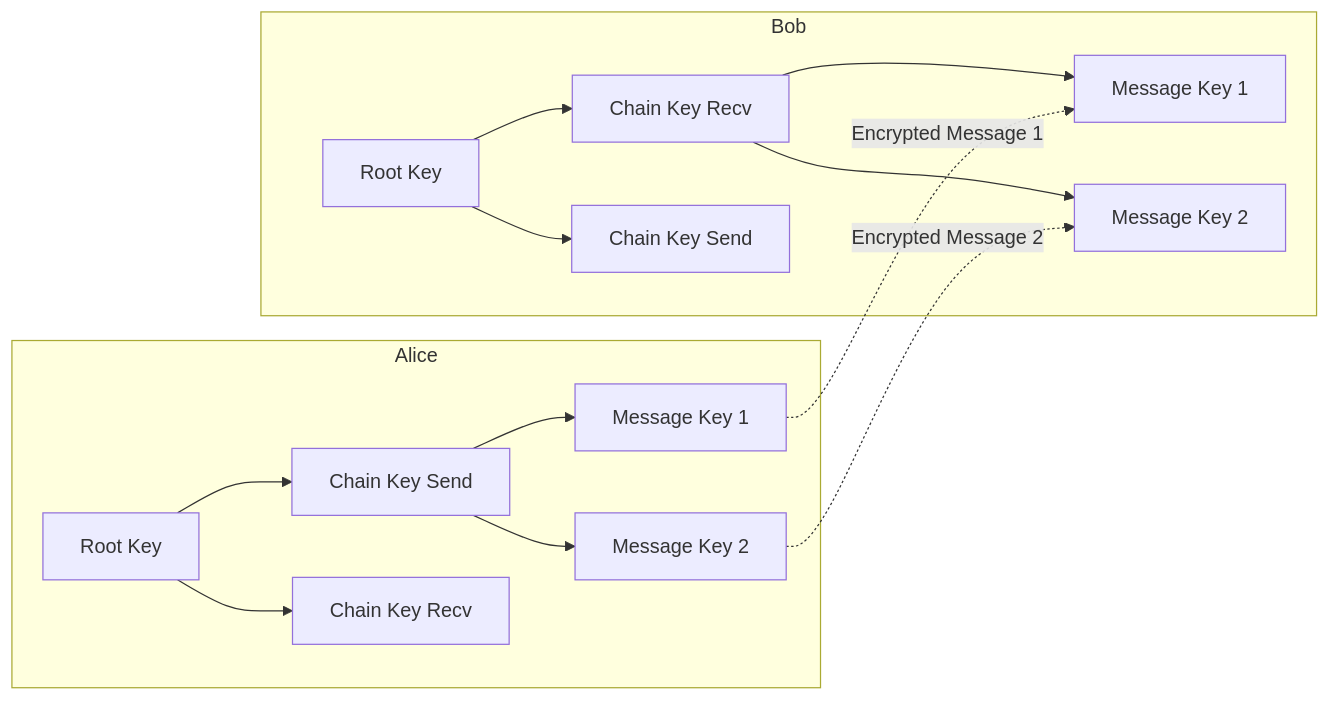
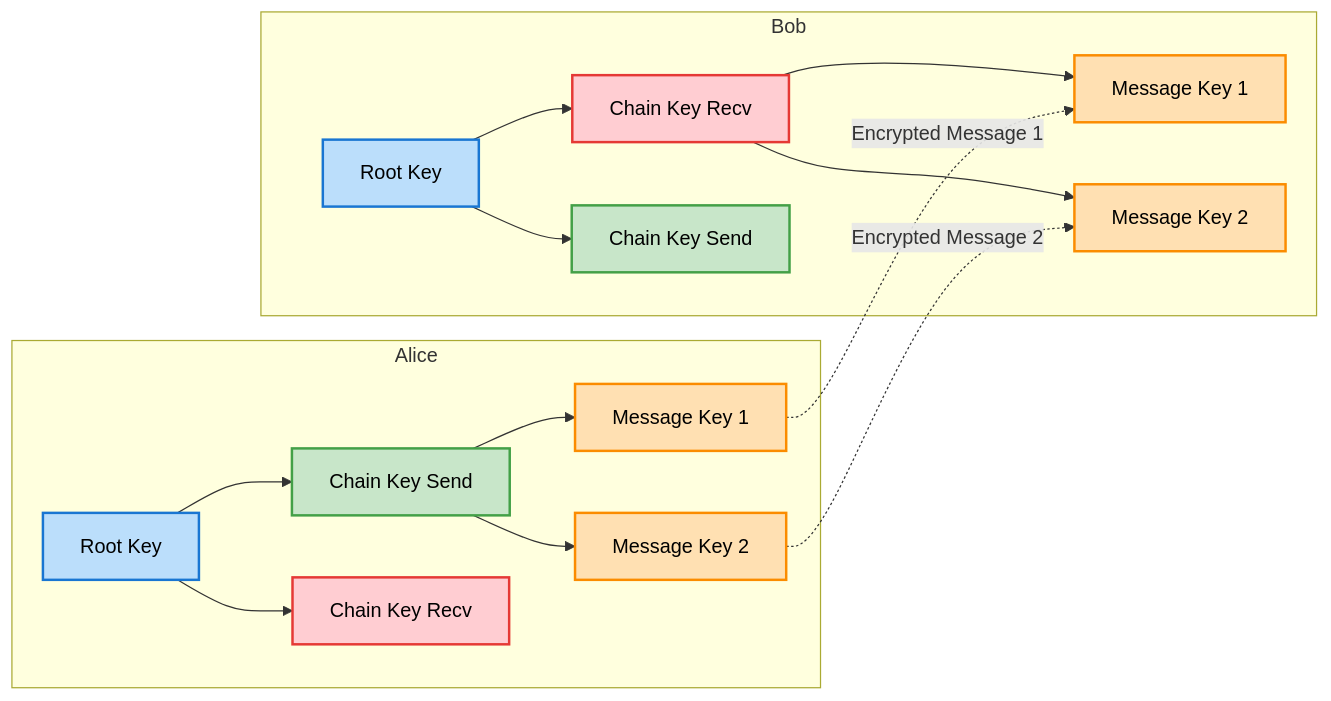
One commit to prabhatg/signal_crypto_lib changed the third of 3 diagrams in docs/developer_guide.md. Above: the diagram before and after it, drawn with Mermaid. The commit also changed other lines of this file and 1 other file, not shown here.

Commit message:
Documentation diagram updates

````diff
--- a/docs/developer_guide.md
+++ b/docs/developer_guide.md
@@ -333,19 +358,30 @@
 ```mermaid
 graph LR
     subgraph "Alice"
         A1[Root Key] --> A2[Chain Key Send]
         A2 --> A3[Message Key 1]
         A2 --> A4[Message Key 2]
         A1 --> A5[Chain Key Recv]
     end
     
     subgraph "Bob"
         B1[Root Key] --> B2[Chain Key Recv]
         B2 --> B3[Message Key 1]
         B2 --> B4[Message Key 2]
         B1 --> B5[Chain Key Send]
     end
     
     A3 -.->|Encrypted Message 1| B3
     A4 -.->|Encrypted Message 2| B4
+    
+    style A1 fill:#bbdefb,stroke:#1976d2,stroke-width:2px,color:#000
+    style A2 fill:#c8e6c9,stroke:#43a047,stroke-width:2px,color:#000
+    style A3 fill:#ffe0b2,stroke:#fb8c00,stroke-width:2px,color:#000
+    style A4 fill:#ffe0b2,stroke:#fb8c00,stroke-width:2px,color:#000
+    style A5 fill:#ffcdd2,stroke:#e53935,stroke-width:2px,color:#000
+    style B1 fill:#bbdefb,stroke:#1976d2,stroke-width:2px,color:#000
+    style B2 fill:#ffcdd2,stroke:#e53935,stroke-width:2px,color:#000
+    style B3 fill:#ffe0b2,stroke:#fb8c00,stroke-width:2px,color:#000
+    style B4 fill:#ffe0b2,stroke:#fb8c00,stroke-width:2px,color:#000
+    style B5 fill:#c8e6c9,stroke:#43a047,stroke-width:2px,color:#000
 ```
````
